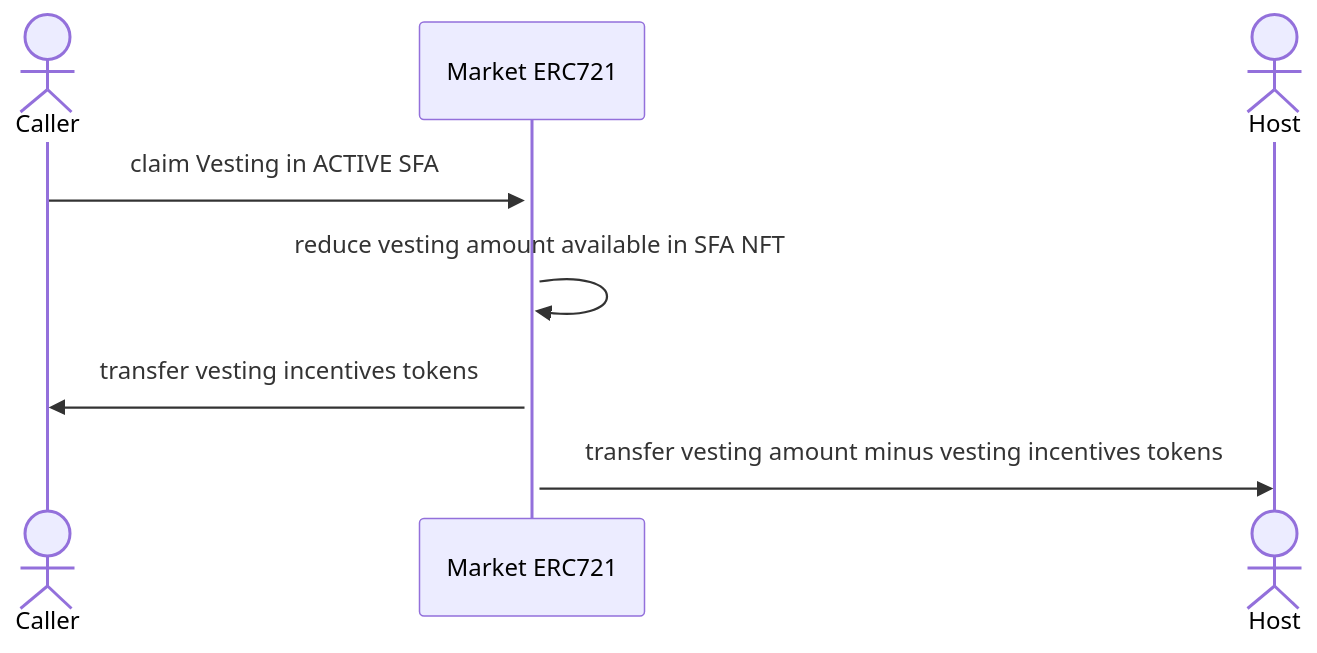
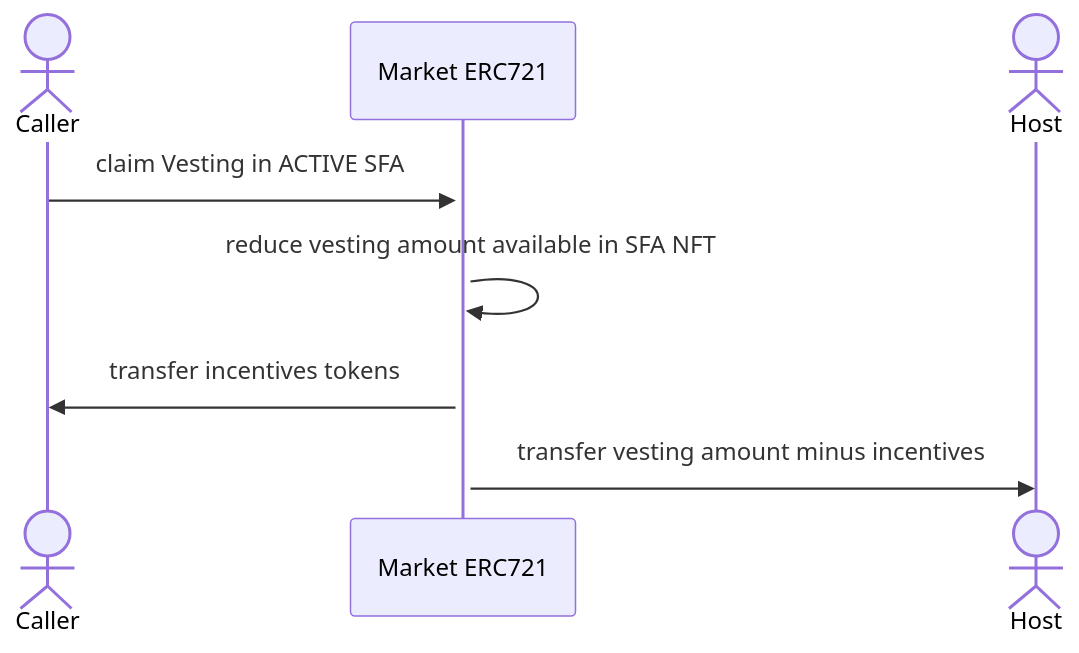
The third of 6 diagrams in whitepaper.md (DSMarket/whitepaper), drawn with Mermaid before and after one commit. The commit also changed other lines of this file, not shown here.

````diff
--- a/whitepaper.md
+++ b/whitepaper.md
@@ -159,11 +167,11 @@
 ```mermaid
 sequenceDiagram
     actor C as Caller
     participant M as Market ERC721
     actor H as Host
 
     C ->>+ M: claim Vesting in ACTIVE SFA
     M ->> M: reduce vesting amount available in SFA NFT
-    M ->> C: transfer vesting incentives tokens
-    M ->> H: transfer vesting amount minus vesting incentives tokens
+    M ->> C: transfer incentives tokens
+    M ->> H: transfer vesting amount minus incentives
 ```
````
